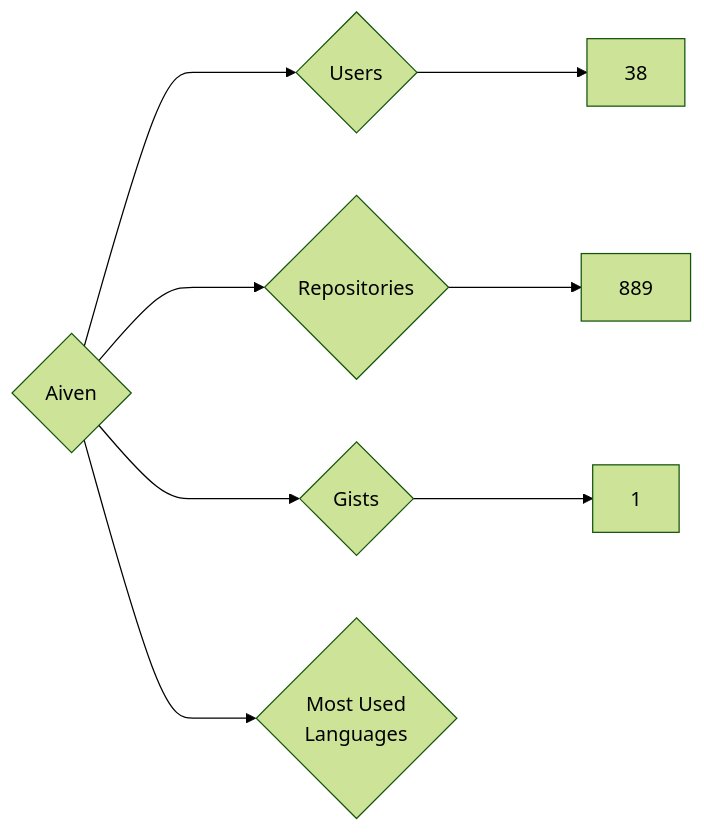
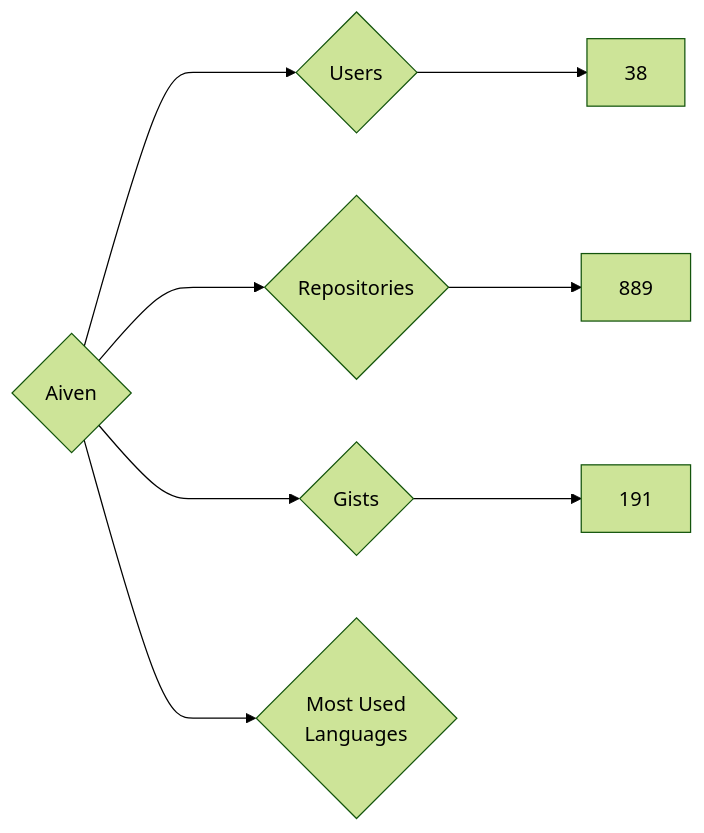
One commit to nenadzaric/insiders changed the diagram in targets/Aiven/README.md. Above: the diagram before and after it, drawn with Mermaid (forest theme). The commit also changed 1342 other files, not shown here.

````diff
--- a/targets/Aiven/README.md
+++ b/targets/Aiven/README.md
@@ -3,8 +3,8 @@
 ```mermaid
 graph LR
 COMPANY_NAME{Aiven}
 COMPANY_NAME ---> U{Users} ---> UN[38]
 COMPANY_NAME ---> R{Repositories} ---> RN[889]
-COMPANY_NAME ---> G{Gists} ---> GN[1]
+COMPANY_NAME ---> G{Gists} ---> GN[191]
 COMPANY_NAME ---> ML{Most Used<br>Languages}
 ```
````
